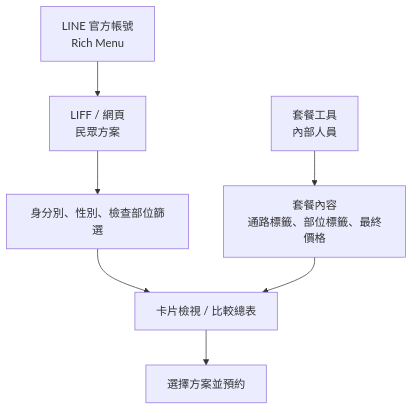
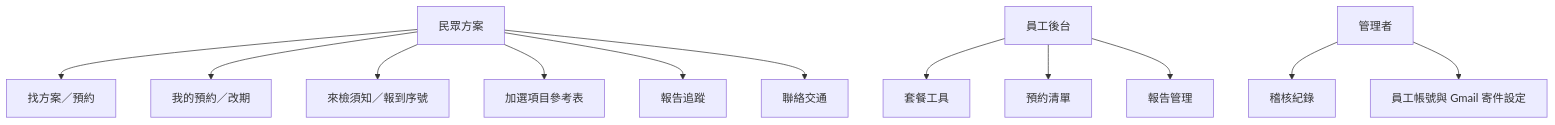
Before and after one commit to lhm0323-git/channel_activity_customer: the second of 7 diagrams in docs/CAC_ARCHITECTURE.md, drawn with Mermaid. The commit also changed other lines of this file and 14 other files, not shown here.

````diff
--- a/docs/CAC_ARCHITECTURE.md
+++ b/docs/CAC_ARCHITECTURE.md
@@ -20,10 +26,15 @@
 ```mermaid
 flowchart TB
-  OA["LINE 官方帳號\nRich Menu"] --> LIFF["LIFF / 網頁\n民眾方案"]
-  LIFF --> Filter["身分別、性別、檢查部位篩選"]
-  Filter --> Compare["卡片檢視 / 比較總表"]
-  Compare --> Book["選擇方案並預約"]
+  Public["民眾方案"] --> P1["找方案／預約"]
+  Public --> P2["我的預約／改期"]
+  Public --> P3["來檢須知／報到序號"]
+  Public --> P4["加選項目參考表"]
+  Public --> P5["報告追蹤"]
+  Public --> P6["聯絡交通"]
 
-  Tool["套餐工具\n內部人員"] --> Meta["套餐內容\n通路標籤、部位標籤、最終價格"]
-  Meta --> Compare
+  Staff["員工後台"] --> S1["套餐工具"]
+  Staff --> S2["預約清單"]
+  Staff --> S3["報告管理"]
+  Admin["管理者"] --> S4["稽核紀錄"]
+  Admin --> S5["員工帳號與 Gmail 寄件設定"]
 ```
````
